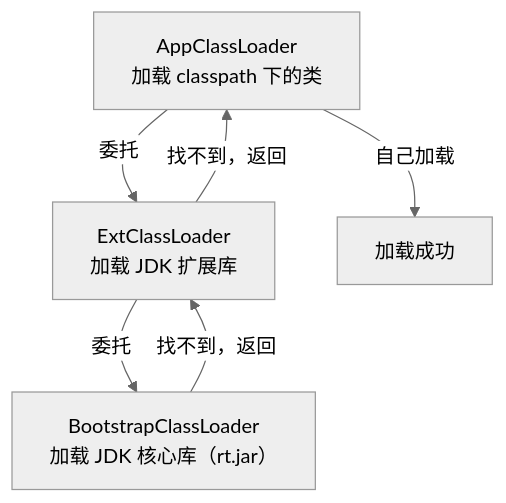
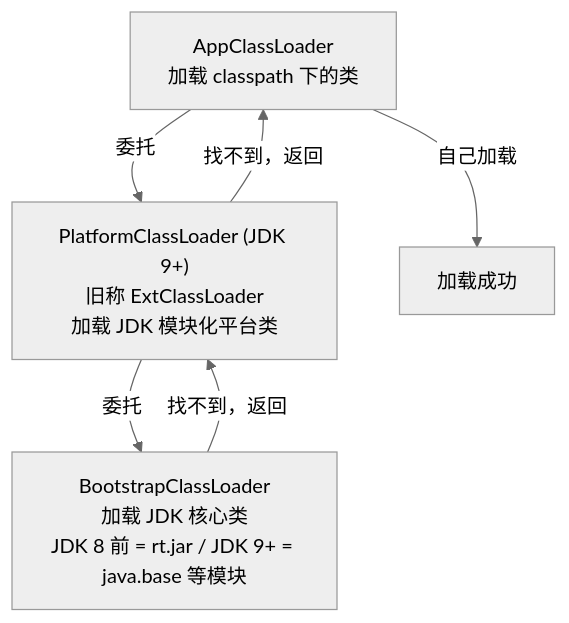
Before and after one commit to b1tzer/b1tzer.github.io: the third of 6 diagrams in docs/01-java-basic/01-面向对象.md, drawn with Mermaid (neutral theme). The commit also changed other lines of this file and 15 other files, not shown here.

````diff
--- a/docs/01-java-basic/01-面向对象.md
+++ b/docs/01-java-basic/01-面向对象.md
@@ -189,11 +190,8 @@
 ```mermaid
 flowchart TD
-    App["AppClassLoader
-        加载 classpath 下的类"] -->|"委托"| Ext["ExtClassLoader
-        加载 JDK 扩展库"]
-    Ext -->|"委托"| Boot["BootstrapClassLoader
-        加载 JDK 核心库（rt.jar）"]
+    App["AppClassLoader<br>加载 classpath 下的类"] -->|"委托"| Ext["PlatformClassLoader (JDK 9+)<br>旧称 ExtClassLoader<br>加载 JDK 模块化平台类"]
+    Ext -->|"委托"| Boot["BootstrapClassLoader<br>加载 JDK 核心类<br>JDK 8 前 = rt.jar / JDK 9+ = java.base 等模块"]
     Boot -->|"找不到，返回"| Ext
     Ext -->|"找不到，返回"| App
     App -->|"自己加载"| Result["加载成功"]
 ```
````
